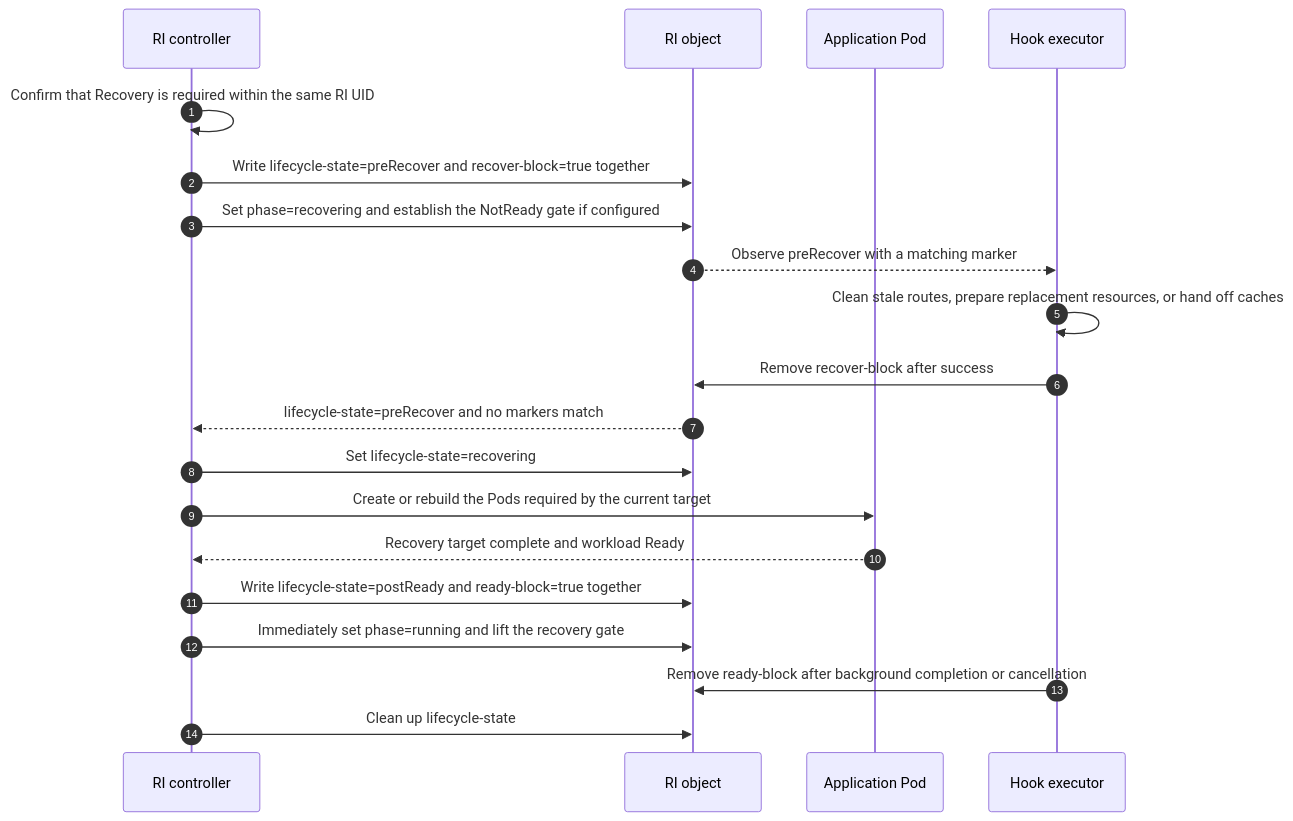
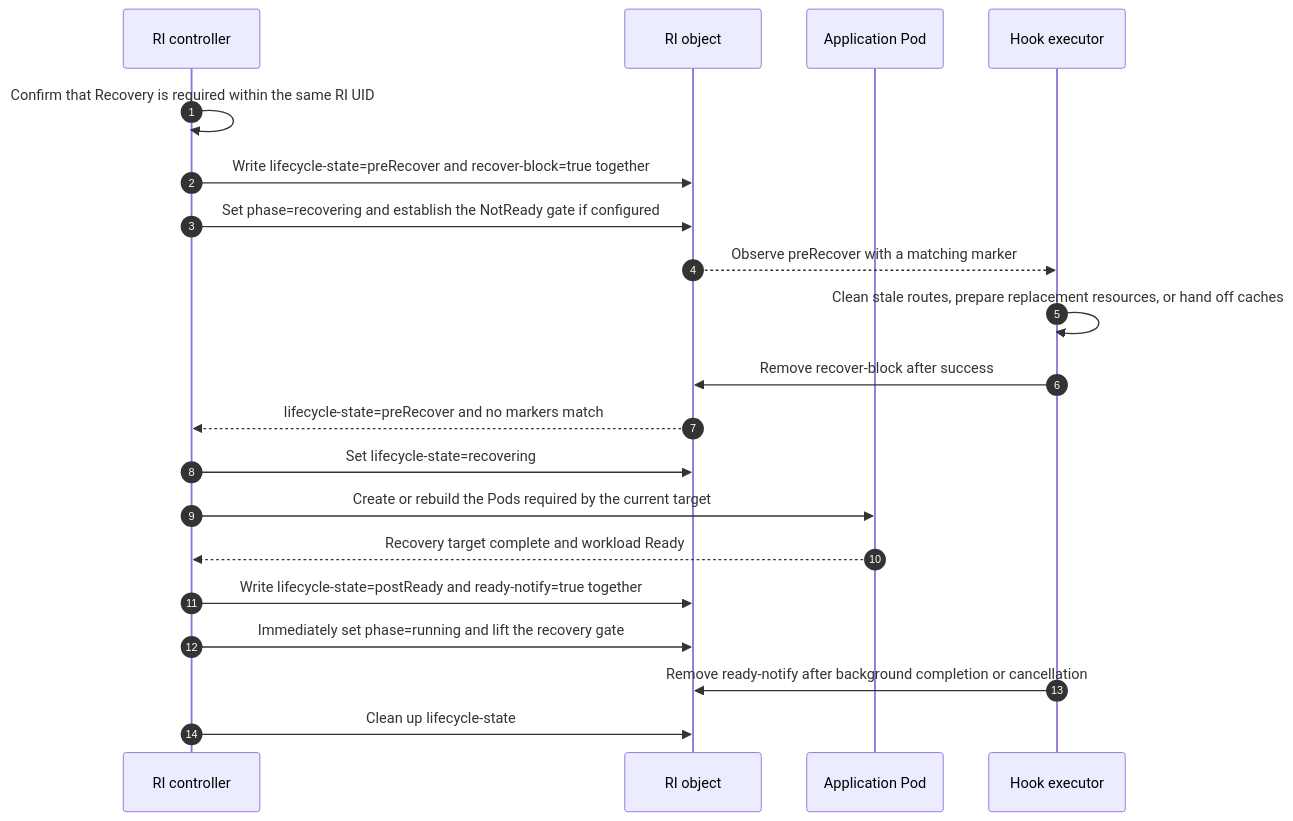
The second of 4 diagrams in keps/527-roleinstance-lifecycle/README.md (sgl-project/rbg), drawn with Mermaid before and after one commit. The commit also changed other lines of this file and 2 other files, not shown here.

````diff
--- a/keps/527-roleinstance-lifecycle/README.md
+++ b/keps/527-roleinstance-lifecycle/README.md
@@ -452,22 +468,22 @@
 ```mermaid
 sequenceDiagram
     autonumber
     participant C as RI controller
     participant R as RI object
     participant P as Application Pod
     participant E as Hook executor
     C->>C: Confirm that Recovery is required within the same RI UID
     C->>R: Write lifecycle-state=preRecover and recover-block=true together
     C->>R: Set phase=recovering and establish the NotReady gate if configured
     R-->>E: Observe preRecover with a matching marker
     E->>E: Clean stale routes, prepare replacement resources, or hand off caches
     E->>R: Remove recover-block after success
     R-->>C: lifecycle-state=preRecover and no markers match
     C->>R: Set lifecycle-state=recovering
     C->>P: Create or rebuild the Pods required by the current target
     P-->>C: Recovery target complete and workload Ready
-    C->>R: Write lifecycle-state=postReady and ready-block=true together
+    C->>R: Write lifecycle-state=postReady and ready-notify=true together
     C->>R: Immediately set phase=running and lift the recovery gate
-    E->>R: Remove ready-block after background completion or cancellation
+    E->>R: Remove ready-notify after background completion or cancellation
     C->>R: Clean up lifecycle-state
 ```
````
